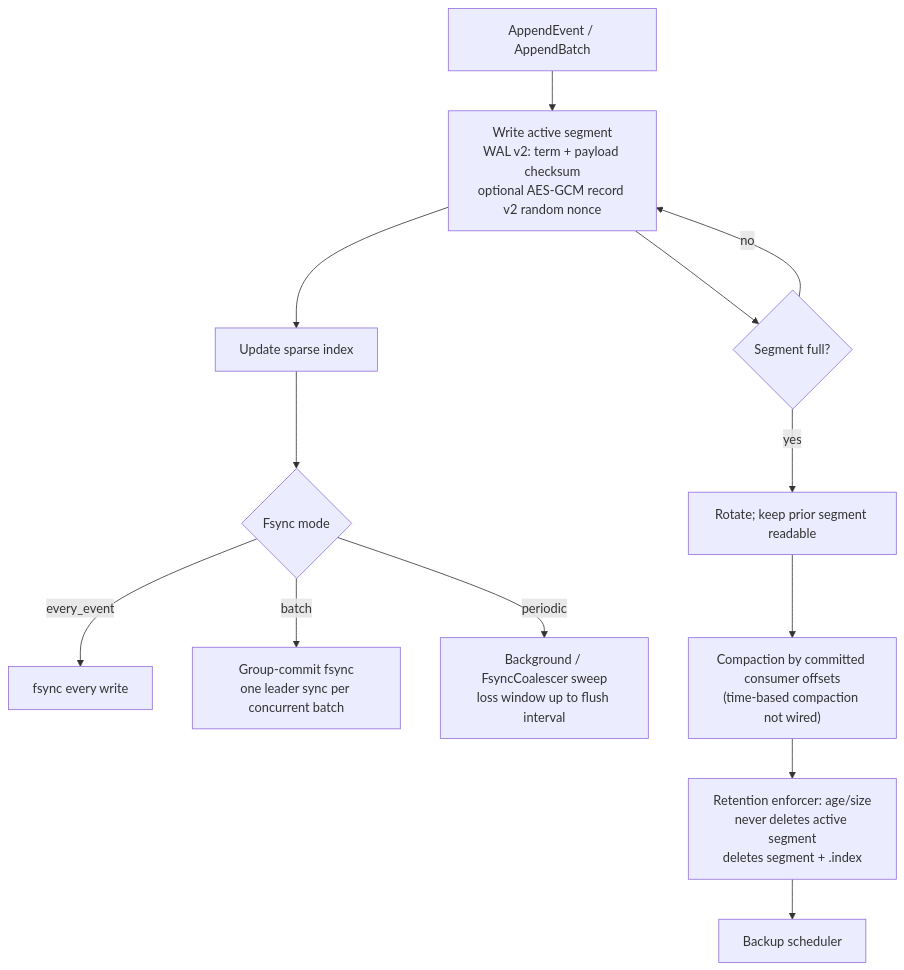
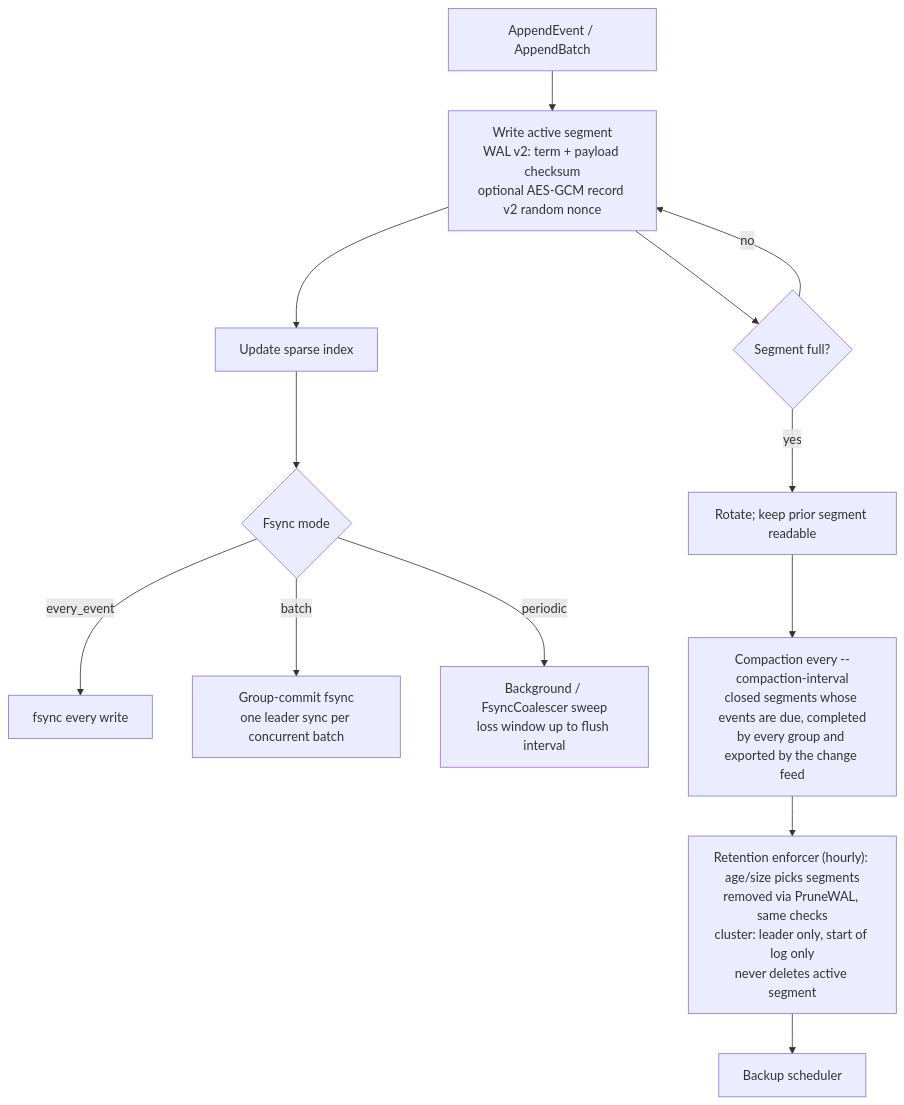
The diagram in docs/architecture/features/storage.md (jatin711-debug/cronos_db_golang), drawn with Mermaid before and after one commit. The commit also changed other lines of this file and 31 other files, not shown here.

````diff
--- a/docs/architecture/features/storage.md
+++ b/docs/architecture/features/storage.md
@@ -59,15 +62,15 @@
 ```mermaid
 flowchart TB
     Append["AppendEvent / AppendBatch"] --> Active["Write active segment<br/>WAL v2: term + payload checksum<br/>optional AES-GCM record v2 random nonce"]
     Active --> Index["Update sparse index"]
     Index --> Flush{Fsync mode}
     Flush -- every_event --> SyncNow["fsync every write"]
     Flush -- batch --> GroupCommit["Group-commit fsync<br/>one leader sync per concurrent batch"]
     Flush -- periodic --> Coalesce["Background / FsyncCoalescer sweep<br/>loss window up to flush interval"]
     Active --> Rotate{Segment full?}
     Rotate -- yes --> NewSegment["Rotate; keep prior segment readable"]
     Rotate -- no --> Active
-    NewSegment --> Compaction["Compaction by committed consumer offsets<br/>(time-based compaction not wired)"]
-    Compaction --> Retention["Retention enforcer: age/size<br/>never deletes active segment<br/>deletes segment + .index"]
+    NewSegment --> Compaction["Compaction every --compaction-interval<br/>closed segments whose events are due, completed<br/>by every group and exported by the change feed"]
+    Compaction --> Retention["Retention enforcer (hourly): age/size picks segments<br/>removed via PruneWAL, same checks<br/>cluster: leader only, start of log only<br/>never deletes active segment"]
     Retention --> Backup["Backup scheduler"]
 ```
````
